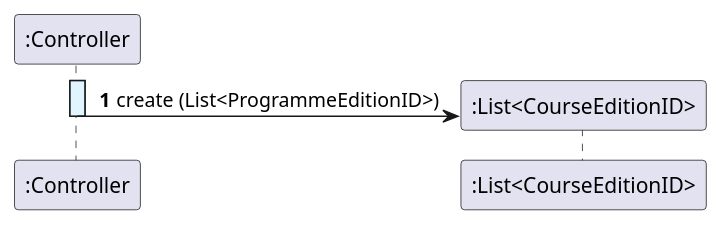
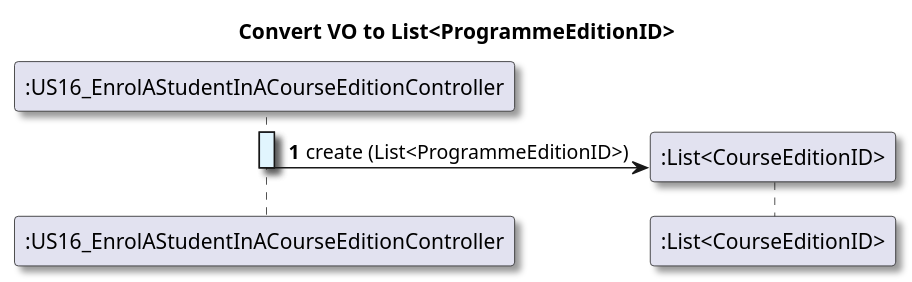
The diagram in docs/US16/references/US16_DDD_convertVOToListProgrammeEditionID.puml (GasparISEP/DevOps-PAI), drawn with PlantUML before and after one commit. The commit also changed 10 other files, not shown here.

Commit message:
docs(sequence-diagram): minor adjustments to course edition enrolment functionality SD #359, Closes #382, Closes #313, Closes #398

```diff
--- a/docs/US16/references/US16_DDD_convertVOToListProgrammeEditionID.puml
+++ b/docs/US16/references/US16_DDD_convertVOToListProgrammeEditionID.puml
@@ -1,15 +1,18 @@
 @startuml
+title Convert VO to List<ProgrammeEditionID>
+autonumber
 skinparam {
   ActivityPadding 2
   ActivityMargin 2
   BoxPadding 2
 }
 skinparam defaultTextAlignment center
-autonumber
+skinparam shadowing true
 
-activate ":Controller" #E1F5FE
+
+activate ":US16_EnrolAStudentInACourseEditionController" #E1F5FE
 create ":List<CourseEditionID>"
-":Controller" -> ":List<CourseEditionID>": create (List<ProgrammeEditionID>)
+":US16_EnrolAStudentInACourseEditionController" -> ":List<CourseEditionID>": create (List<ProgrammeEditionID>)
 
-deactivate ":Controller"
+deactivate ":US16_EnrolAStudentInACourseEditionController"
 @enduml
```
